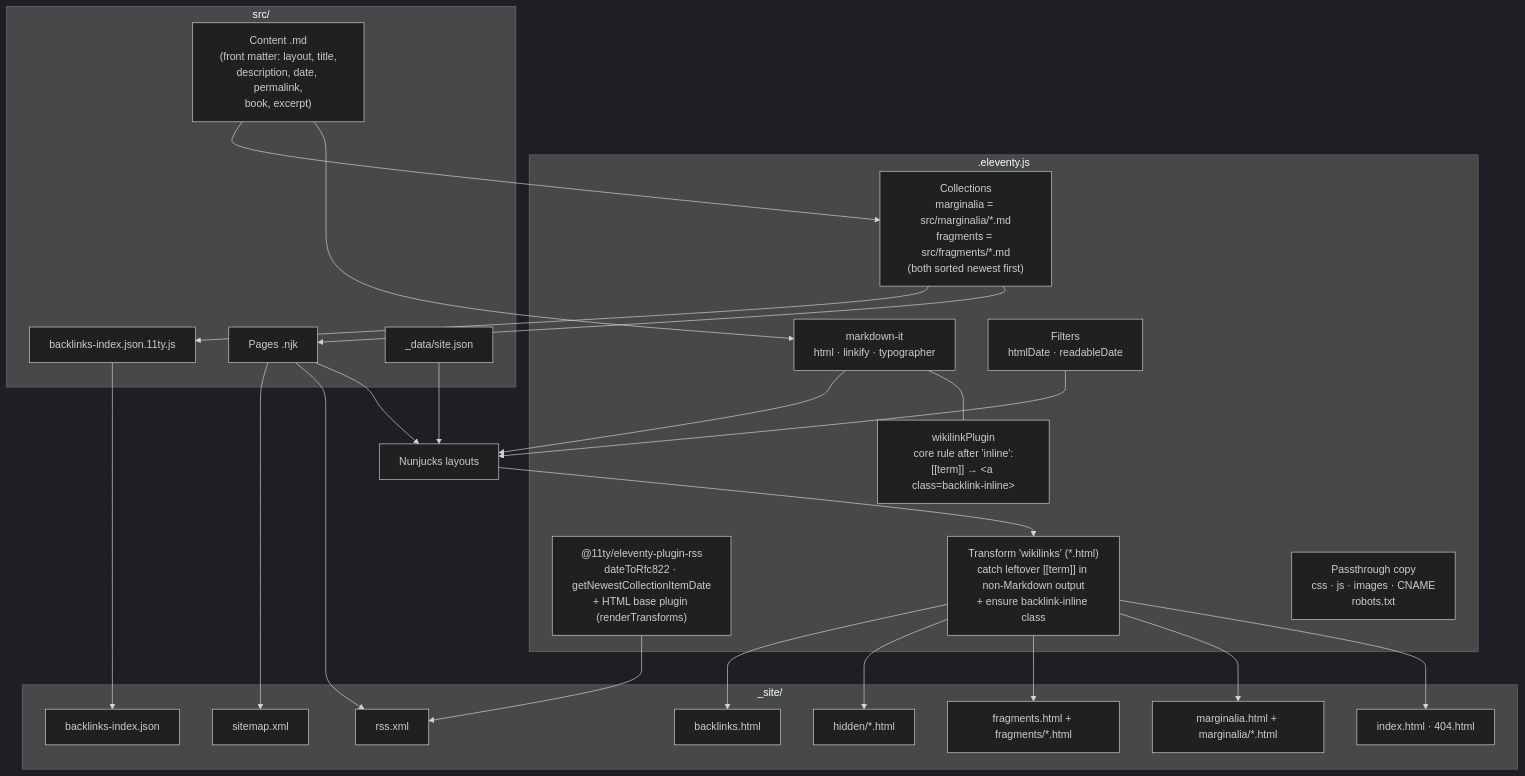
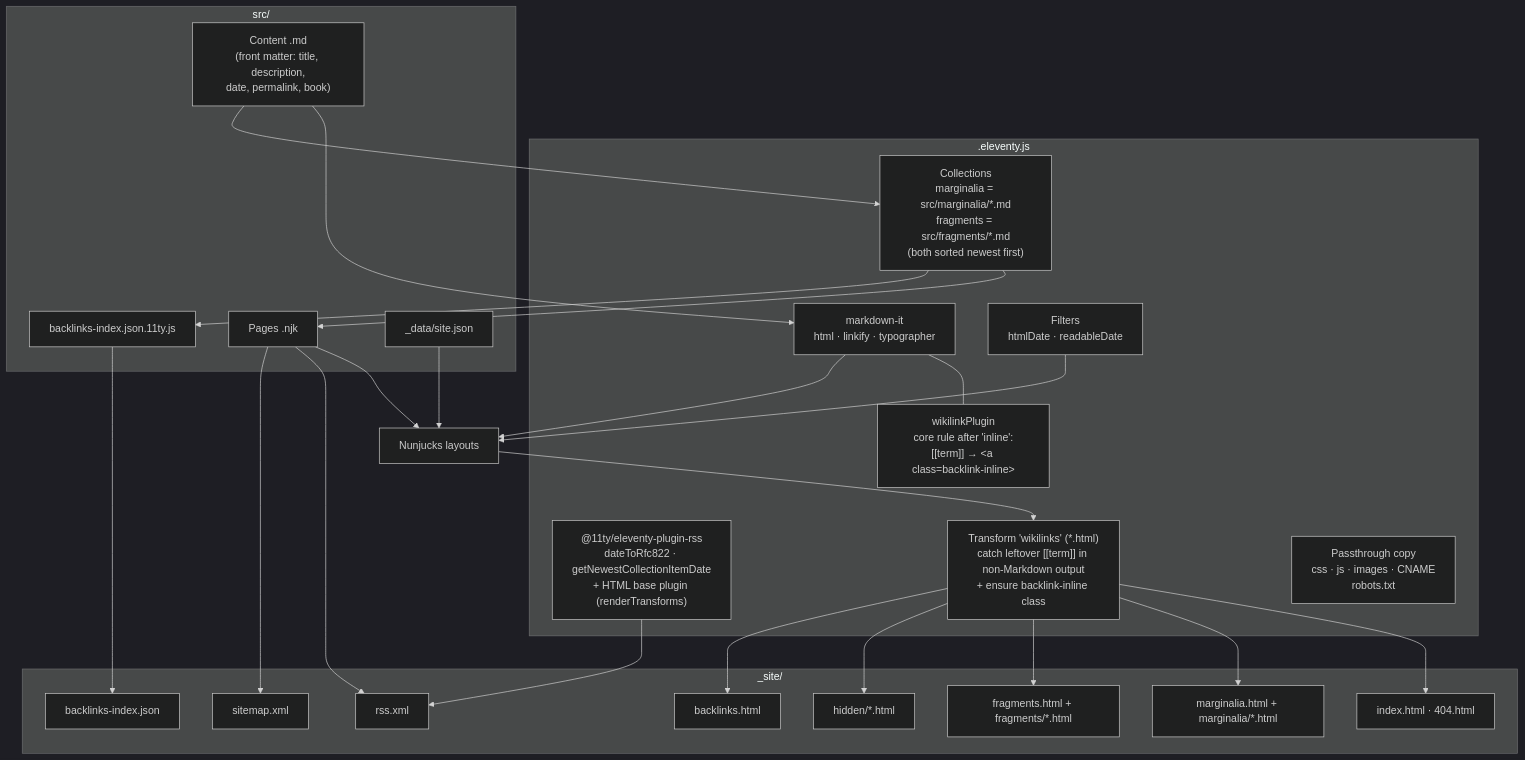
Before and after one commit to raoul-g/raoulyy-blog: the fourth of 9 diagrams in ARCHITECTURE.md, drawn with Mermaid (dark theme). The commit also changed other lines of this file and 7 other files, not shown here.

First line of the commit message:
remove unused excerpt front matter field

````diff
--- a/ARCHITECTURE.md
+++ b/ARCHITECTURE.md
@@ -114,44 +114,44 @@
 ```mermaid
 flowchart TB
     subgraph Config[".eleventy.js"]
         MDLIB["markdown-it<br/>html · linkify · typographer"]
         WLP["wikilinkPlugin<br/>core rule after 'inline':<br/>[[term]] → &lt;a class=backlink-inline&gt;"]
         COLL["Collections<br/>marginalia = src/marginalia/*.md<br/>fragments = src/fragments/*.md<br/>(both sorted newest first)"]
         FILT["Filters<br/>htmlDate · readableDate"]
         RSSP["@11ty/eleventy-plugin-rss<br/>dateToRfc822 · getNewestCollectionItemDate<br/>+ HTML base plugin (renderTransforms)"]
         XFORM["Transform 'wikilinks' (*.html)<br/>catch leftover [[term]] in non-Markdown output<br/>+ ensure backlink-inline class"]
         PT["Passthrough copy<br/>css · js · images · CNAME<br/>robots.txt"]
         MDLIB --- WLP
     end
 
     subgraph Inputs["src/"]
-        CM["Content .md<br/>(front matter: layout, title,<br/>description, date, permalink,<br/>book, excerpt)"]
+        CM["Content .md<br/>(front matter: title, description,<br/>date, permalink, book)"]
         PG["Pages .njk"]
         BJ["backlinks-index.json.11ty.js"]
         SJ["_data/site.json"]
     end
 
     subgraph Outputs["_site/"]
         O1["index.html · 404.html"]
         O2["marginalia.html + marginalia/*.html"]
         O3["fragments.html + fragments/*.html"]
         O4["hidden/*.html"]
         O5["backlinks.html"]
         O6["backlinks-index.json"]
         O7["rss.xml"]
         O8["sitemap.xml"]
     end
 
     CM --> MDLIB --> LAYOUT["Nunjucks layouts"]
     CM --> COLL
     SJ --> LAYOUT
     PG --> LAYOUT
     COLL --> PG
     COLL --> BJ
     FILT --> LAYOUT
     LAYOUT --> XFORM
     XFORM --> O1 & O2 & O3 & O4 & O5
     PG --> O7 & O8
     RSSP --> O7
     BJ --> O6
 ```
````
